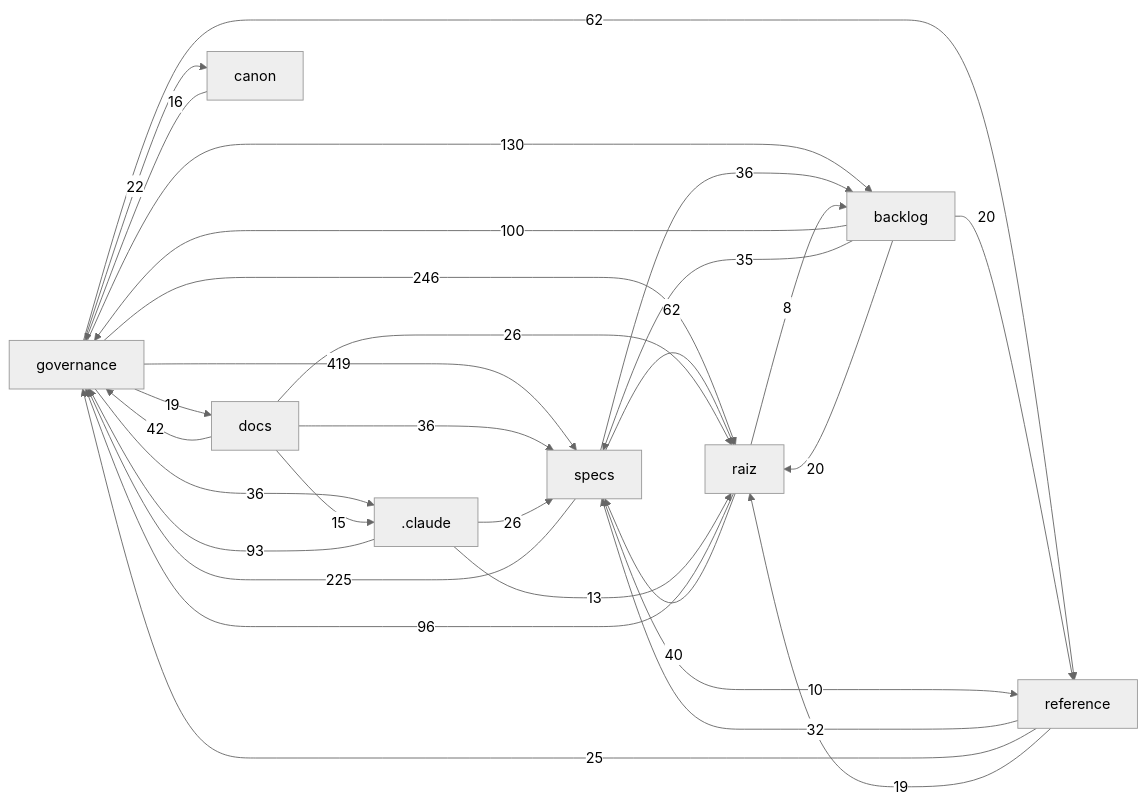
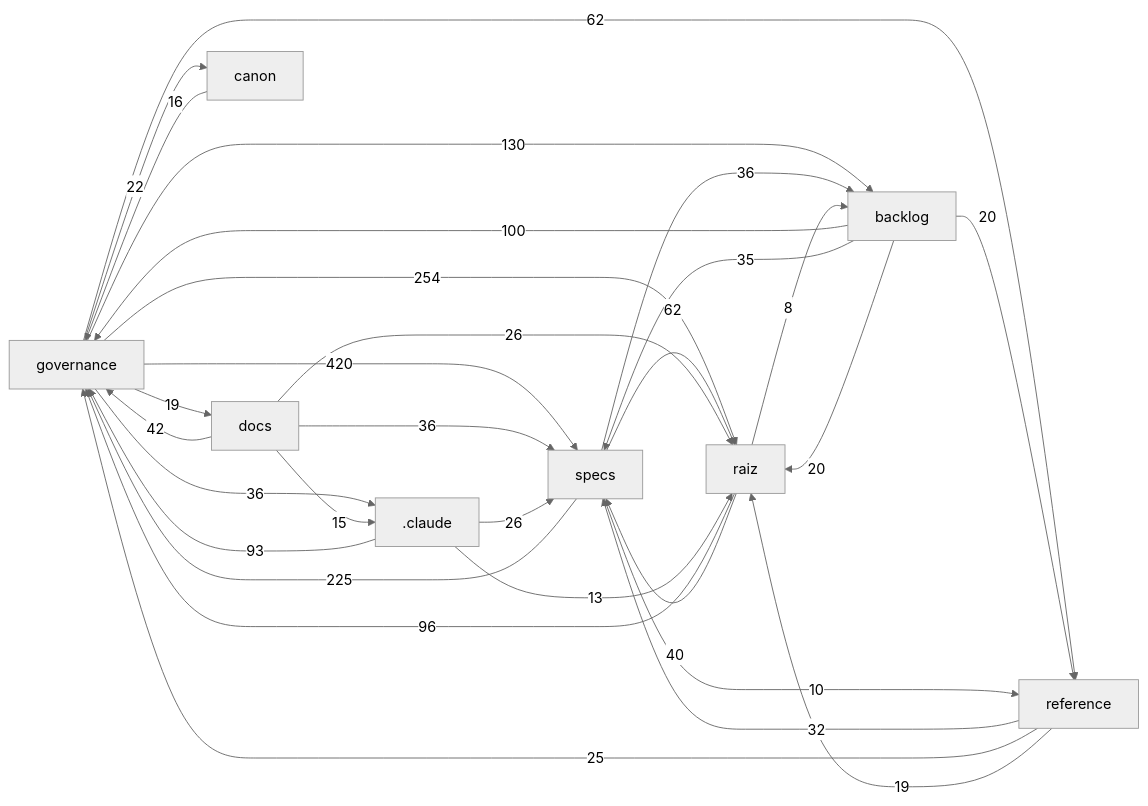
The diagram in docs/mapa/MAPA-PROJETO.md (Andraus35/Sistema-Operacional-de-Trading--SOT), drawn with Mermaid (neutral theme) before and after one commit. The commit also changed other lines of this file and 14 other files, not shown here.

````diff
--- a/docs/mapa/MAPA-PROJETO.md
+++ b/docs/mapa/MAPA-PROJETO.md
@@ -29,32 +29,32 @@
 ```mermaid
 flowchart LR
-  governance["governance"] -->|419| specs["specs"]
-  governance["governance"] -->|246| raiz["raiz"]
+  governance["governance"] -->|420| specs["specs"]
+  governance["governance"] -->|254| raiz["raiz"]
   specs["specs"] -->|225| governance["governance"]
   governance["governance"] -->|130| backlog["backlog"]
   backlog["backlog"] -->|100| governance["governance"]
   raiz["raiz"] -->|96| governance["governance"]
   _claude[".claude"] -->|93| governance["governance"]
   governance["governance"] -->|62| reference["reference"]
   specs["specs"] -->|62| raiz["raiz"]
   docs["docs"] -->|42| governance["governance"]
   raiz["raiz"] -->|40| specs["specs"]
   docs["docs"] -->|36| specs["specs"]
   governance["governance"] -->|36| _claude[".claude"]
   specs["specs"] -->|36| backlog["backlog"]
   backlog["backlog"] -->|35| specs["specs"]
   reference["reference"] -->|32| specs["specs"]
   _claude[".claude"] -->|26| specs["specs"]
   docs["docs"] -->|26| raiz["raiz"]
   reference["reference"] -->|25| governance["governance"]
   governance["governance"] -->|22| canon["canon"]
   backlog["backlog"] -->|20| raiz["raiz"]
   backlog["backlog"] -->|20| reference["reference"]
   governance["governance"] -->|19| docs["docs"]
   reference["reference"] -->|19| raiz["raiz"]
   canon["canon"] -->|16| governance["governance"]
   docs["docs"] -->|15| _claude[".claude"]
   _claude[".claude"] -->|13| raiz["raiz"]
   specs["specs"] -->|10| reference["reference"]
   raiz["raiz"] -->|8| backlog["backlog"]
 ```
````
